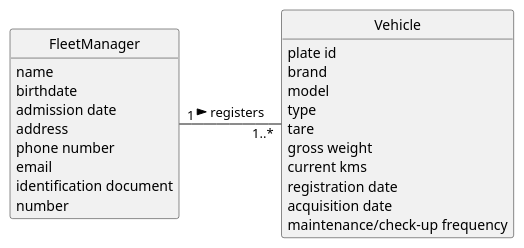
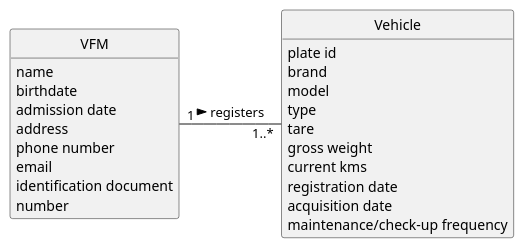
The diagram in docs/sprintA/us006/02.analysis/puml/us006-domain-model.puml (diogoveirospro/lei-24-s2-1dg-g072), drawn with PlantUML before and after one commit. The commit also changed 13 other files, not shown here.

```diff
--- a/docs/sprintA/us006/02.analysis/puml/us006-domain-model.puml
+++ b/docs/sprintA/us006/02.analysis/puml/us006-domain-model.puml
@@ -1,33 +1,39 @@
 @startuml
+skinparam monochrome true
+skinparam packageStyle rectangle
+skinparam shadowing false
 
+'left to right direction
+
+skinparam classAttributeIconSize 0
 hide circles
 hide methods
 
-class FleetManager{
+class VFM{
     name
     birthdate
     admission date
     address
     phone number
     email
     identification document
     number
 }
 
 class Vehicle{
     plate id
     brand
     model
     type
     tare
     gross weight
     current kms
     registration date
     acquisition date
     maintenance/check-up frequency
 }
 
 
-FleetManager "1"-"   1..*" Vehicle: registers >
+VFM "1"-"   1..*" Vehicle: registers >
 
 @enduml
```
